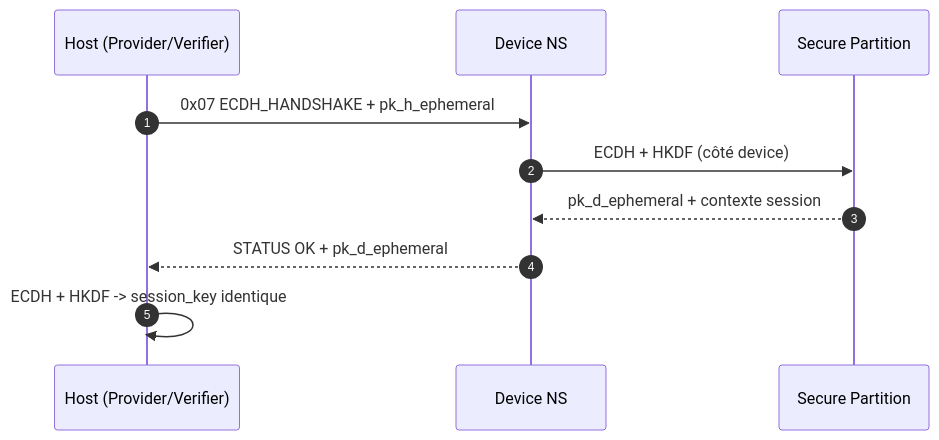
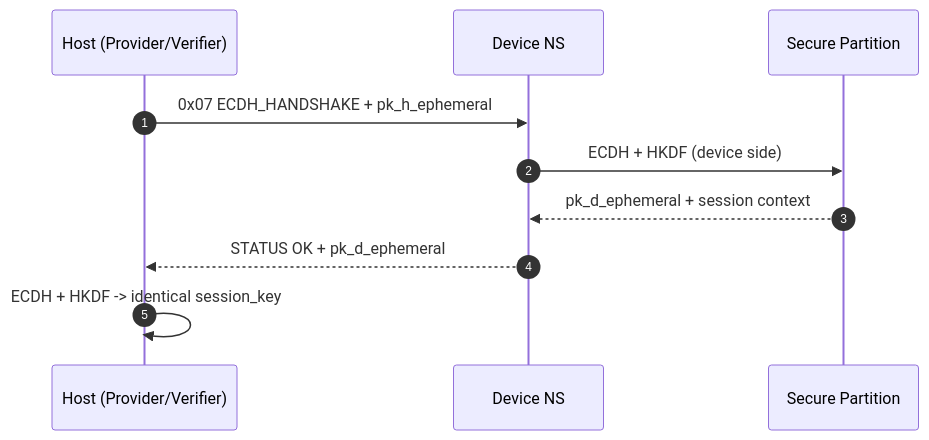
Before and after one commit to kiri-style/VeCoDI: the second of 9 diagrams in md/ARCHITECTURE_GLOBALE_DESSINS.md, drawn with Mermaid. The commit also changed other lines of this file and 3 other files, not shown here.

Commit message:
docs: clarify enclave info lifecycle and architecture

````diff
--- a/md/ARCHITECTURE_GLOBALE_DESSINS.md
+++ b/md/ARCHITECTURE_GLOBALE_DESSINS.md
@@ -39,13 +39,13 @@
 ```mermaid
 sequenceDiagram
     autonumber
     participant H as Host (Provider/Verifier)
     participant N as Device NS
     participant S as Secure Partition
 
     H->>N: 0x07 ECDH_HANDSHAKE + pk_h_ephemeral
-    N->>S: ECDH + HKDF (côté device)
-    S-->>N: pk_d_ephemeral + contexte session
+    N->>S: ECDH + HKDF (device side)
+    S-->>N: pk_d_ephemeral + session context
     N-->>H: STATUS OK + pk_d_ephemeral
-    H->>H: ECDH + HKDF -> session_key identique
+    H->>H: ECDH + HKDF -> identical session_key
 ```
````
